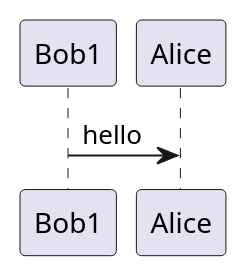
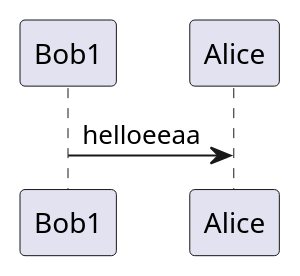
One commit to baki504/code-conversation-presentations changed the first of 2 diagrams in src/01.getting-started.md. Above: the diagram before and after it, drawn with PlantUML. The commit also changed other lines of this file and 42 other files, not shown here.

````diff
--- a/src/01.getting-started.md
+++ b/src/01.getting-started.md
@@ -7,5 +7,5 @@
 ```plantuml
 @startuml
-Bob1 -> Alice : hello
+Bob1 -> Alice : helloeeaa
 @enduml
 ```
````
